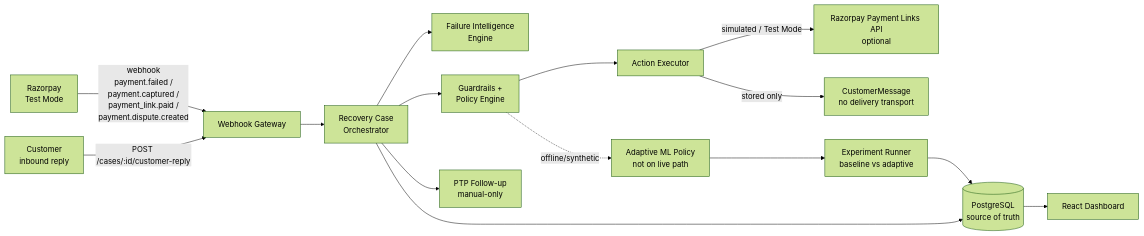
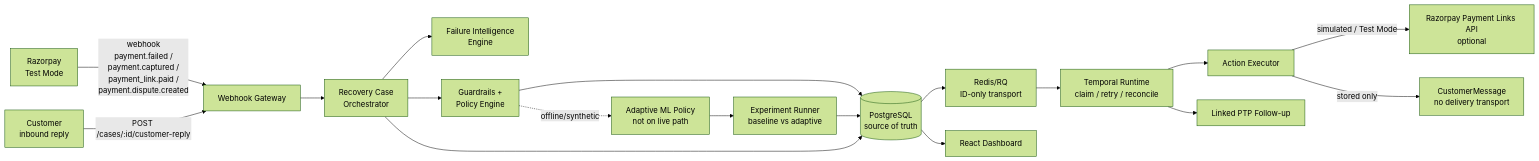
The first of 4 diagrams in ARCHITECTURE.md (arulx06/Recovery_OS), drawn with Mermaid (forest theme) before and after one commit. The commit also changed other lines of this file and 33 other files, not shown here.

Commit message:
feat: add durable temporal recovery runtime

````diff
--- a/ARCHITECTURE.md
+++ b/ARCHITECTURE.md
@@ -28,17 +28,20 @@
 ```mermaid
 flowchart LR
     RZP[Razorpay<br/>Test Mode] -- webhook<br/>payment.failed /<br/>payment.captured /<br/>payment_link.paid /<br/>payment.dispute.created --> GW[Webhook Gateway]
     CUST[Customer<br/>inbound reply] -- POST /cases/:id/customer-reply --> GW
     GW --> ORCH[Recovery Case<br/>Orchestrator]
     ORCH --> DIAG[Failure Intelligence<br/>Engine]
     ORCH --> POL[Guardrails +<br/>Policy Engine]
-    POL --> EXEC[Action Executor]
+    POL --> DB
+    DB --> RQ[Redis/RQ<br/>ID-only transport]
+    RQ --> WORKER[Temporal Runtime<br/>claim / retry / reconcile]
+    WORKER --> EXEC[Action Executor]
     EXEC -- simulated / Test Mode --> RZPAPI[Razorpay Payment Links API<br/>optional]
     EXEC -- stored only --> MSG[CustomerMessage<br/>no delivery transport]
-    ORCH --> PTP[PTP Follow-up<br/>manual-only]
+    WORKER --> PTP[Linked PTP Follow-up]
     POL -. offline/synthetic .-> ML[Adaptive ML Policy<br/>not on live path]
     ML --> EXP[Experiment Runner<br/>baseline vs adaptive]
     ORCH --> DB[(PostgreSQL<br/>source of truth)]
     EXP --> DB
     DB --> DASH[React Dashboard]
 ```
````
